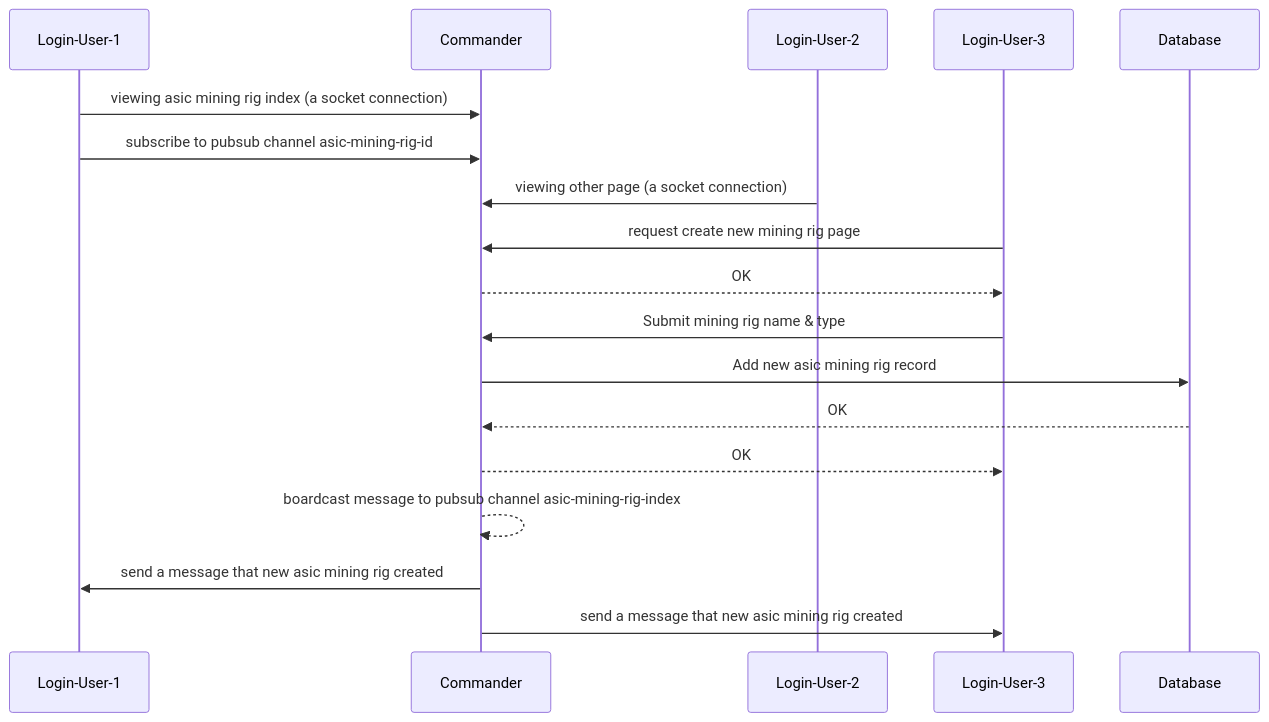
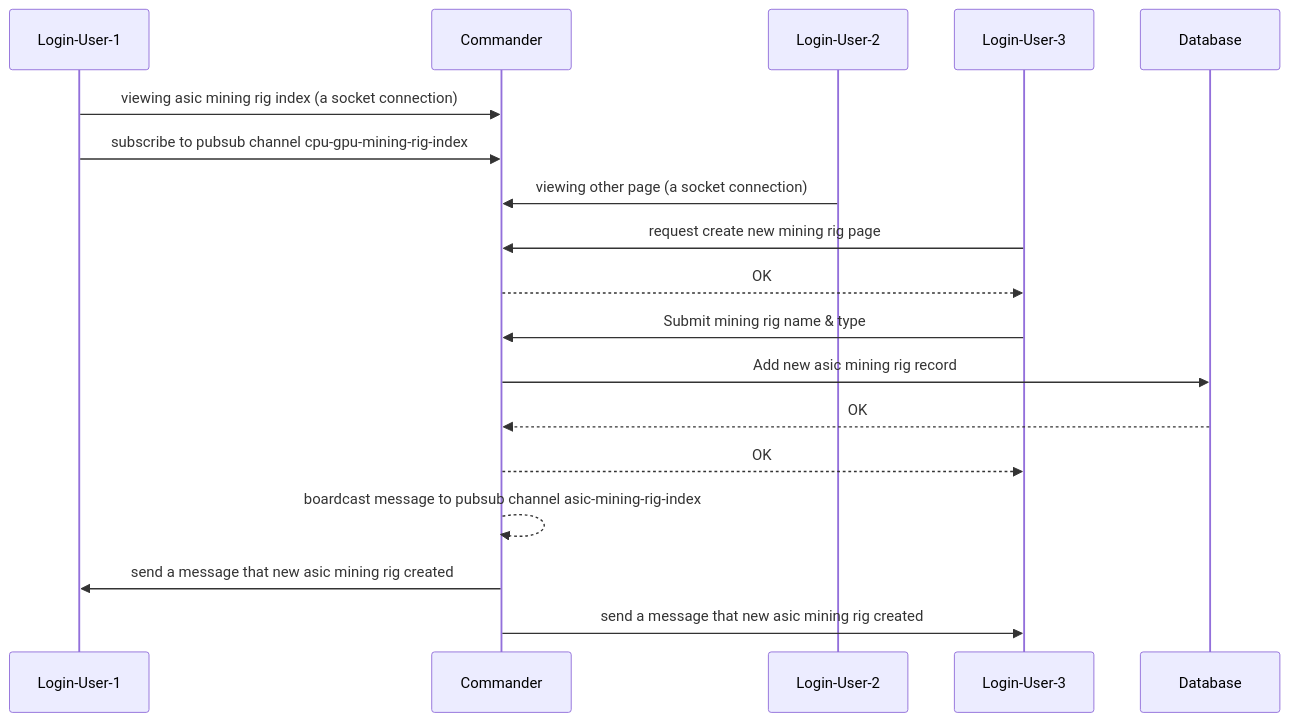
Diagram 14 of 18 in docs/index.md (nguyenvinhlinh/Mining-Rig-Monitor-Document), drawn with Mermaid before and after one commit. The commit also changed other lines of this file, not shown here.

````diff
--- a/docs/index.md
+++ b/docs/index.md
@@ -378,17 +380,18 @@
 ```mermaid
 sequenceDiagram
     Login-User-1 ->> Commander: viewing asic mining rig index (a socket connection)
-    Login-User-1 ->> Commander: subscribe to pubsub channel asic-mining-rig-id
+    Login-User-1 ->> Commander: subscribe to pubsub channel cpu-gpu-mining-rig-index
     Login-User-2 ->> Commander: viewing other page (a socket connection)
 
     Login-User-3 ->> Commander: request create new mining rig page
     Commander -->> Login-User-3: OK
     Login-User-3 ->> Commander: Submit mining rig name & type
     Commander ->> Database: Add new asic mining rig record
     Database -->> Commander: OK
     Commander -->> Login-User-3: OK
 
     Commander -->> Commander: boardcast message to pubsub channel asic-mining-rig-index
+
     Commander ->> Login-User-1: send a message that new asic mining rig created
     Commander ->> Login-User-3: send a message that new asic mining rig created
 ```
````
